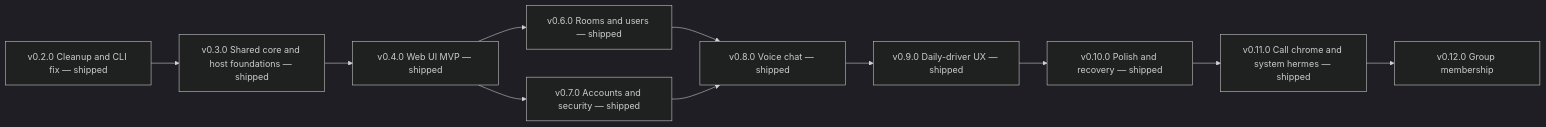
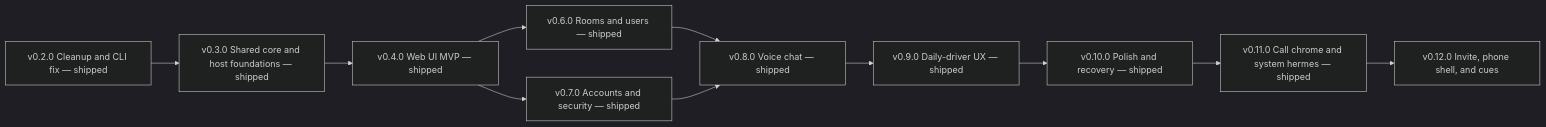
Before and after one commit to ahyibrahim/hermes-be: the diagram in docs/ROADMAP.md, drawn with Mermaid (dark theme). The commit also changed other lines of this file and 1 other file, not shown here.

First line of the commit message:
Lock v0.12.0: create-time invite, phone shell, icons, and CC0 cues.

````diff
--- a/docs/ROADMAP.md
+++ b/docs/ROADMAP.md
@@ -110,13 +110,13 @@
 ```mermaid
 graph LR
   v02[v0.2.0 Cleanup and CLI fix — shipped] --> v03[v0.3.0 Shared core and host foundations — shipped]
   v03 --> v04[v0.4.0 Web UI MVP — shipped]
   v04 --> v06[v0.6.0 Rooms and users — shipped]
   v04 --> v07[v0.7.0 Accounts and security — shipped]
   v06 --> v08[v0.8.0 Voice chat — shipped]
   v07 --> v08
   v08 --> v09[v0.9.0 Daily-driver UX — shipped]
   v09 --> v10[v0.10.0 Polish and recovery — shipped]
   v10 --> v11[v0.11.0 Call chrome and system hermes — shipped]
-  v11 --> v12[v0.12.0 Group membership]
+  v11 --> v12[v0.12.0 Invite, phone shell, and cues]
 ```
````
